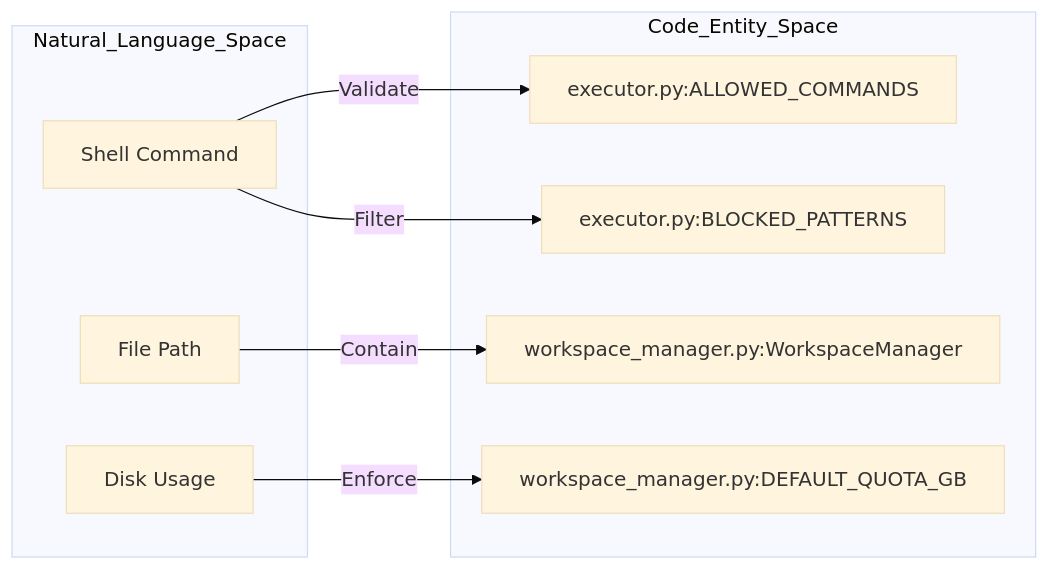
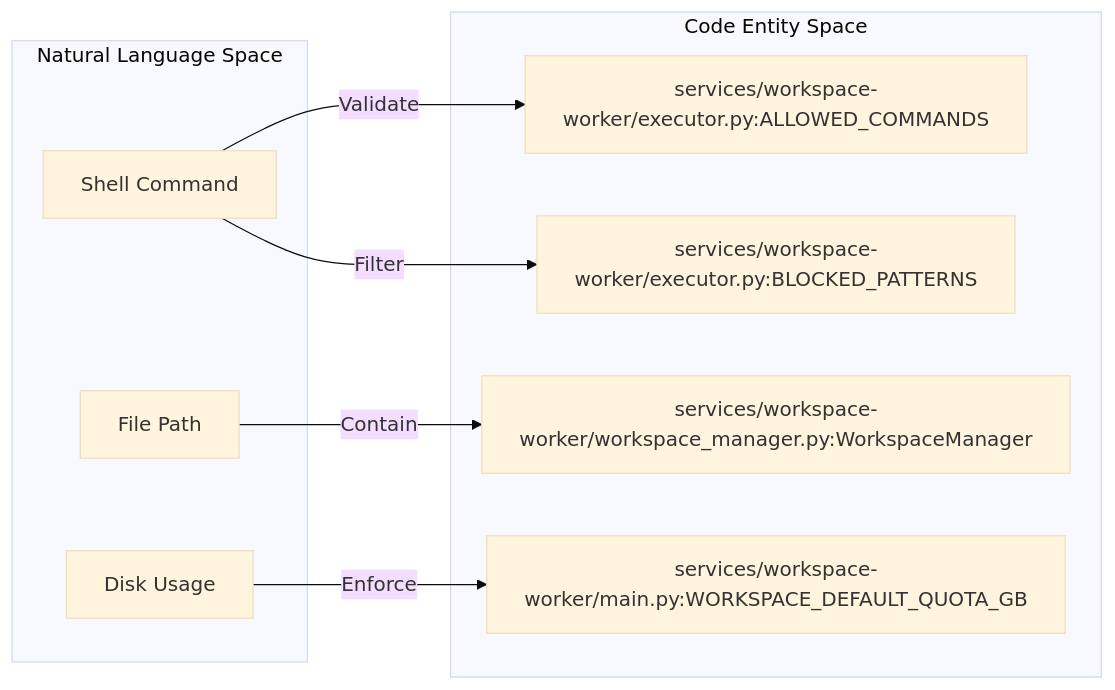
Before and after one commit to AutomatosAI/automatos-ai: the second of 2 diagrams in docs/workspace-execution/workspace-worker-architecture.md, drawn with Mermaid (base theme). The commit also changed other lines of this file and 153 other files, not shown here.

````diff
--- a/docs/workspace-execution/workspace-worker-architecture.md
+++ b/docs/workspace-execution/workspace-worker-architecture.md
@@ -93,15 +95,15 @@
 ```mermaid
 graph LR
-  subgraph "Natural_Language_Space"
+  subgraph "Natural Language Space"
     CMD["Shell Command"]
     PTH["File Path"]
     USE["Disk Usage"]
   end
 
-  subgraph "Code_Entity_Space"
-    CMD -->|"Validate"| V["executor.py:ALLOWED_COMMANDS"]
-    CMD -->|"Filter"| B["executor.py:BLOCKED_PATTERNS"]
-    PTH -->|"Contain"| S["workspace_manager.py:WorkspaceManager"]
-    USE -->|"Enforce"| Q["workspace_manager.py:DEFAULT_QUOTA_GB"]
+  subgraph "Code Entity Space"
+    CMD -->|"Validate"| V["services/workspace-worker/executor.py:ALLOWED_COMMANDS"]
+    CMD -->|"Filter"| B["services/workspace-worker/executor.py:BLOCKED_PATTERNS"]
+    PTH -->|"Contain"| S["services/workspace-worker/workspace_manager.py:WorkspaceManager"]
+    USE -->|"Enforce"| Q["services/workspace-worker/main.py:WORKSPACE_DEFAULT_QUOTA_GB"]
   end
 ```
````
